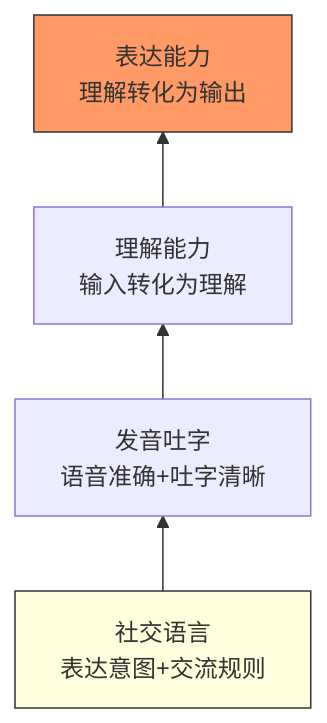
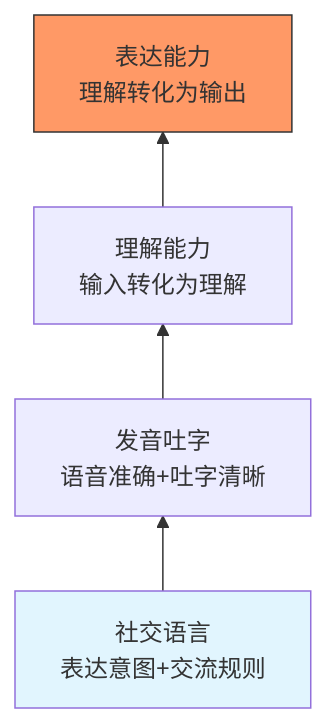
The first of 11 diagrams in 10.自我进阶提升书/06.语言沟通的演进/6.1语言底蕴的提升.md (chongyang211/YCBookBlog), drawn with Mermaid before and after one commit. The commit also changed other lines of this file and 8 other files, not shown here.

````diff
--- a/10.自我进阶提升书/06.语言沟通的演进/6.1语言底蕴的提升.md
+++ b/10.自我进阶提升书/06.语言沟通的演进/6.1语言底蕴的提升.md
@@ -16,8 +18,8 @@
 ```mermaid
 graph BT
     A[社交语言<br>表达意图+交流规则] --> B[发音吐字<br>语音准确+吐字清晰]
     B --> C[理解能力<br>输入转化为理解]
     C --> D[表达能力<br>理解转化为输出]
-    style A fill:#ffd,stroke:#333
+    style A fill:#e1f5fe
     style D fill:#f96,stroke:#333
 ```
````
